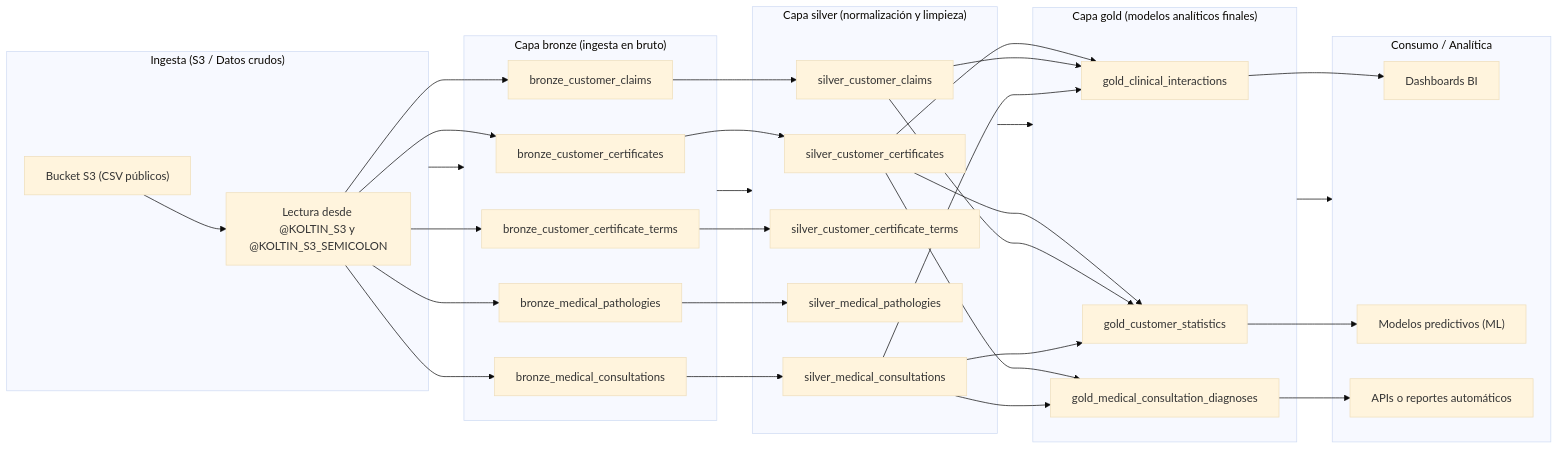
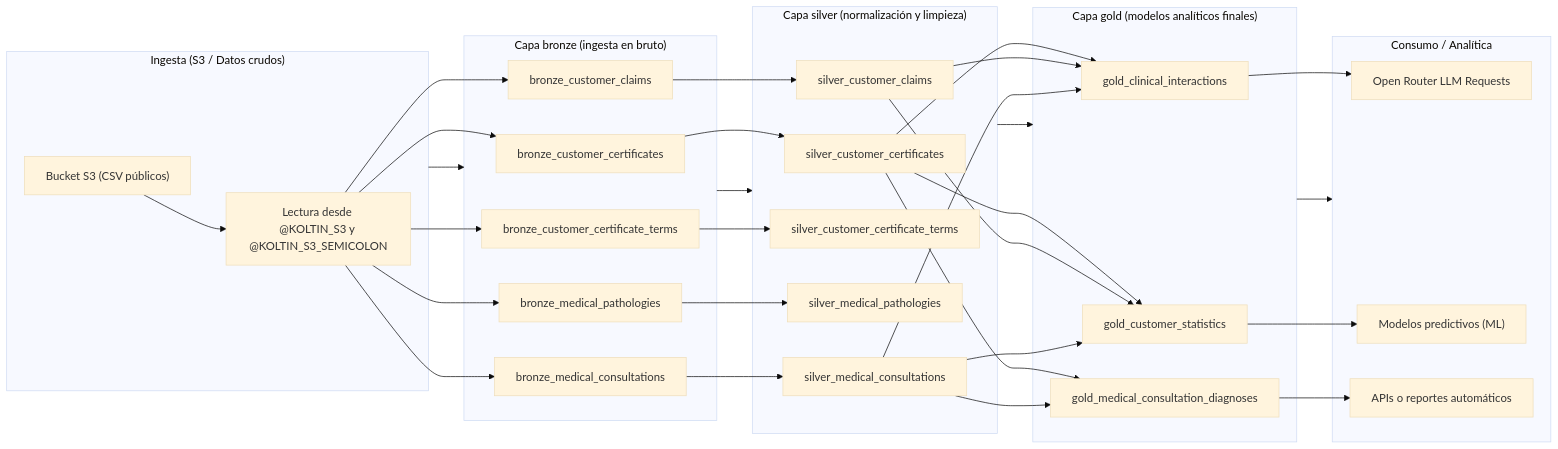
Before and after one commit to ingoscarn/koltin-challenge: the diagram in README.md, drawn with Mermaid (base theme). The commit also changed other lines of this file and 1 other file, not shown here.

````diff
--- a/README.md
+++ b/README.md
@@ -32,58 +34,58 @@
 ```mermaid
 flowchart LR
     subgraph Raw["Ingesta (S3 / Datos crudos)"]
         A1["Bucket S3 (CSV públicos)"]
         A1 --> A3["Lectura desde @KOLTIN_S3 y @KOLTIN_S3_SEMICOLON"]
     end
 
     subgraph Bronze["Capa bronze (ingesta en bruto)"]
         B1["bronze_customer_certificates"]
         B2["bronze_customer_claims"]
         B3["bronze_customer_certificate_terms"]
         B4["bronze_medical_pathologies"]
         B5["bronze_medical_consultations"]
         A3 --> B1
         A3 --> B2
         A3 --> B3
         A3 --> B4
         A3 --> B5
     end
 
     subgraph Silver["Capa silver (normalización y limpieza)"]
         S1["silver_customer_certificates"]
         S2["silver_customer_claims"]
         S3["silver_customer_certificate_terms"]
         S4["silver_medical_pathologies"]
         S5["silver_medical_consultations"]
         B1 --> S1
         B2 --> S2
         B3 --> S3
         B4 --> S4
         B5 --> S5
     end
 
     subgraph Gold["Capa gold (modelos analíticos finales)"]
         G1["gold_clinical_interactions"]
         G2["gold_customer_statistics"]
         G3["gold_medical_consultation_diagnoses"]
         S1 --> G1
         S2 --> G1
         S5 --> G1
         S1 --> G2
         S2 --> G2
         S5 --> G2
         S1 --> G3
         S5 --> G3
     end
 
     subgraph Consumo["Consumo / Analítica"]
-        C1["Dashboards BI"]
+        C1["Open Router LLM Requests"]
         C2["Modelos predictivos (ML)"]
         C3["APIs o reportes automáticos"]
         G1 --> C1
         G2 --> C2
         G3 --> C3
     end
 
     Raw --> Bronze --> Silver --> Gold --> Consumo
 ```
````
